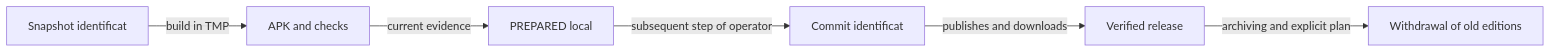
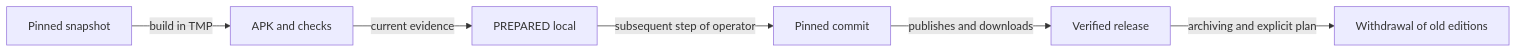
The diagram in docs/platform/ATF_ReleaseRetention.md (crististefanita/atf_j4), drawn with Mermaid before and after one commit. The commit also changed other lines of this file and 126 other files, not shown here.

````diff
--- a/docs/platform/ATF_ReleaseRetention.md
+++ b/docs/platform/ATF_ReleaseRetention.md
@@ -58,8 +58,8 @@
 ```mermaid
 flowchart LR
-    SOURCE[Snapshot identificat] -->|build in TMP| APK[APK and checks]
+    SOURCE[Pinned snapshot] -->|build in TMP| APK[APK and checks]
     APK -->|current evidence| LOCAL[PREPARED local]
-    LOCAL -->|subsequent step of operator| BOUND[Commit identificat]
+    LOCAL -->|subsequent step of operator| BOUND[Pinned commit]
     BOUND -->|publishes and downloads| LIVE[Verified release]
     LIVE -->|archiving and explicit plan| RETIRE[Withdrawal of old editions]
 ```
````
